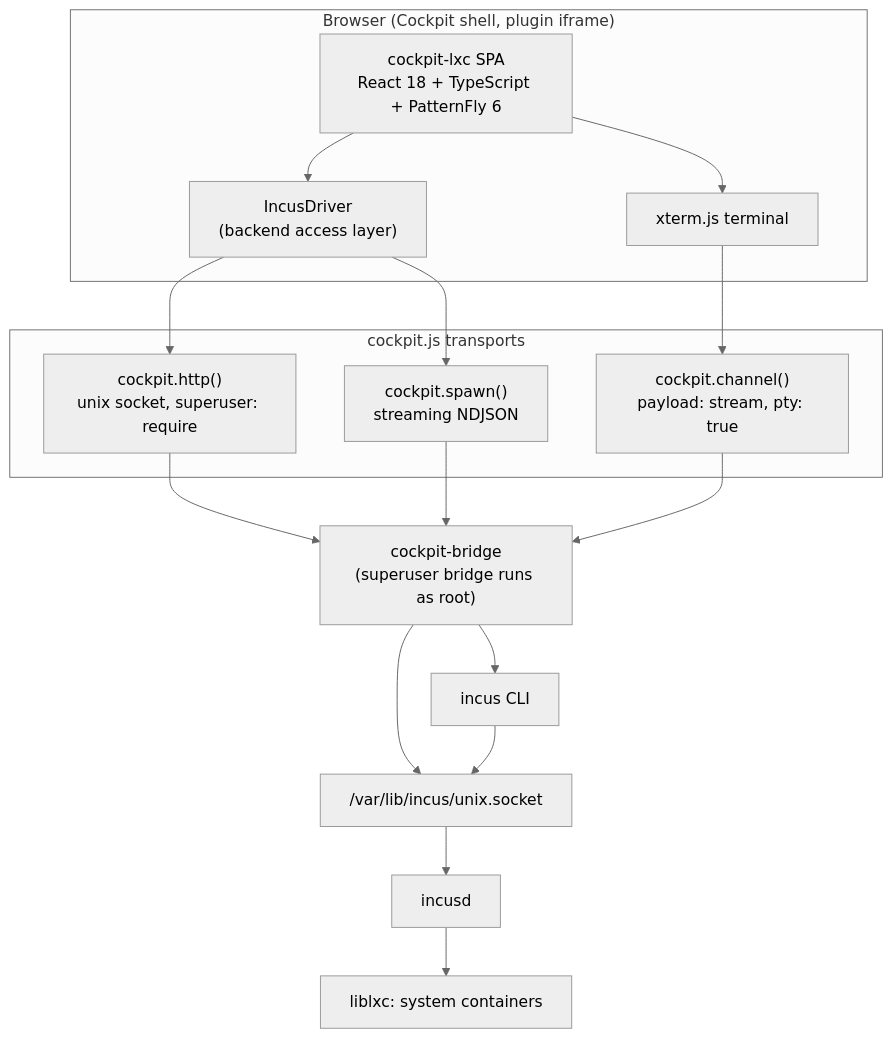
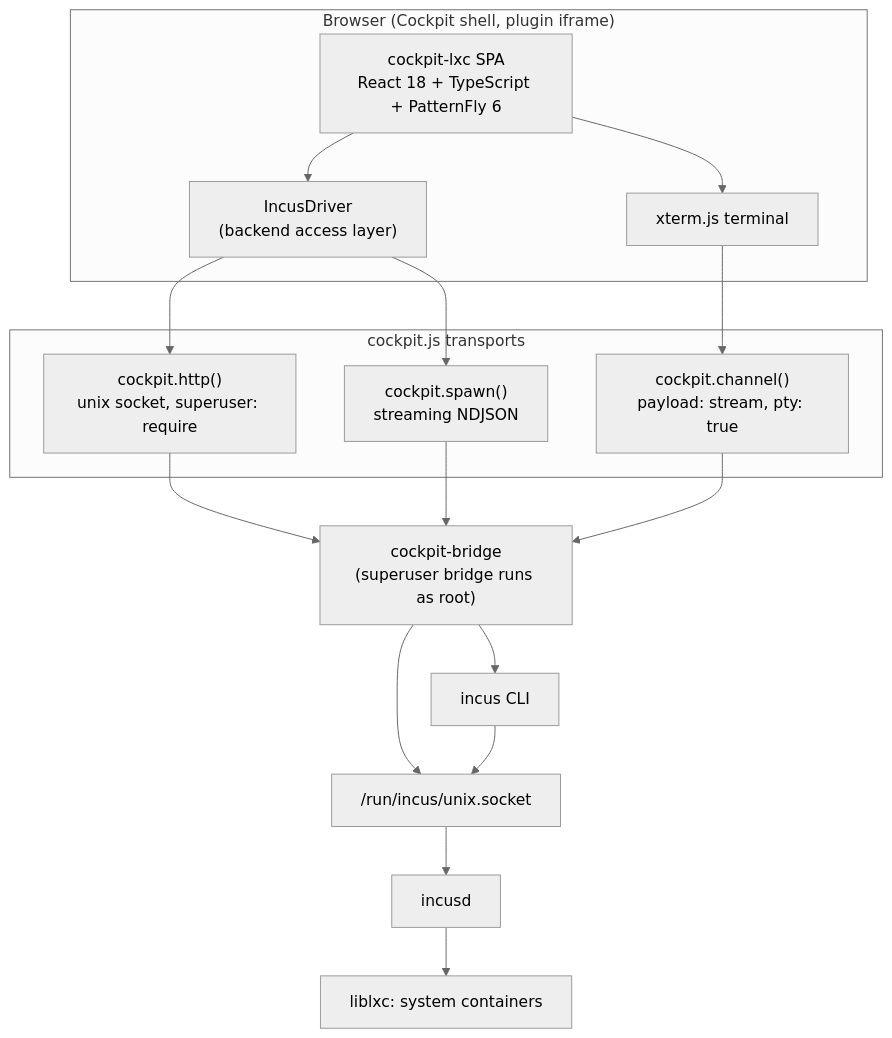
Before and after one commit to heavycaffeiner/cockpit-lxc: the diagram in cockpit-lxc-0-container-management-plugin.md, drawn with Mermaid (neutral theme). The commit also changed other lines of this file and 9 other files, not shown here.

````diff
--- a/cockpit-lxc-0-container-management-plugin.md
+++ b/cockpit-lxc-0-container-management-plugin.md
@@ -153,35 +153,35 @@
 ```mermaid
 flowchart TD
     subgraph Browser["Browser (Cockpit shell, plugin iframe)"]
         UI["cockpit-lxc SPA<br/>React 18 + TypeScript + PatternFly 6"]
         DRV["IncusDriver<br/>(backend access layer)"]
         TERM["xterm.js terminal"]
         UI --> DRV
         UI --> TERM
     end
 
     subgraph Transports["cockpit.js transports"]
         T1["cockpit.http()<br/>unix socket, superuser: require"]
         T2["cockpit.channel()<br/>payload: stream, pty: true"]
         T3["cockpit.spawn()<br/>streaming NDJSON"]
     end
 
     DRV --> T1
     TERM --> T2
     DRV --> T3
 
     BR["cockpit-bridge<br/>(superuser bridge runs as root)"]
     T1 --> BR
     T2 --> BR
     T3 --> BR
 
-    SOCK["/var/lib/incus/unix.socket"]
+    SOCK["/run/incus/unix.socket"]
     CLI["incus CLI"]
     BR --> SOCK
     BR --> CLI
     CLI --> SOCK
 
     D["incusd"]
     SOCK --> D
     D --> LXC["liblxc: system containers"]
 ```
````
